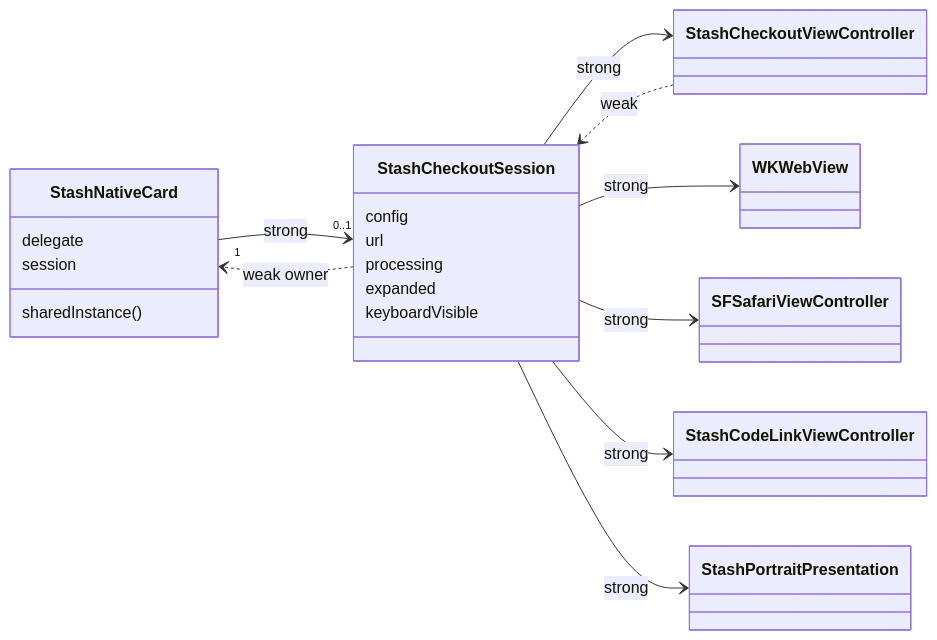
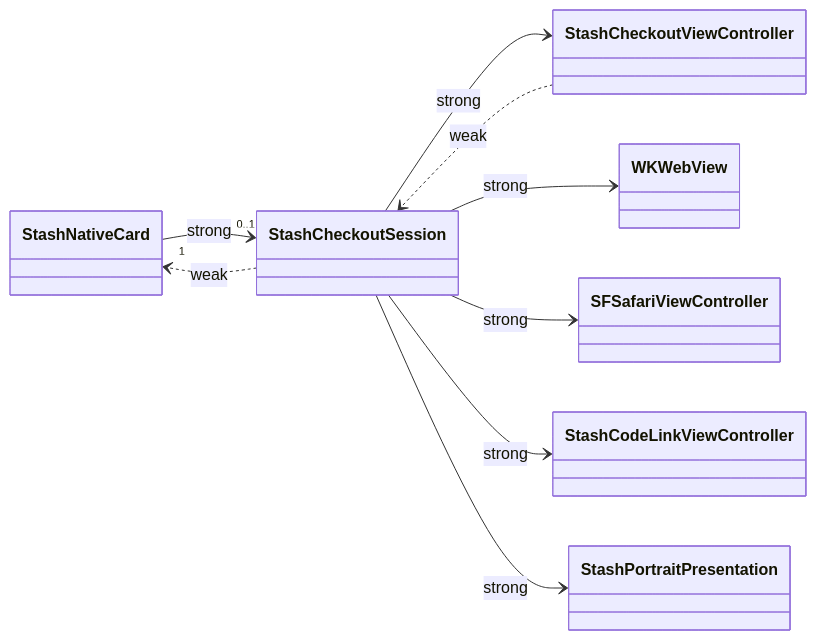
The first of 2 diagrams in docs/architecture/ios.md (stashgg/stash-native), drawn with Mermaid before and after one commit. The commit also changed other lines of this file and 19 other files, not shown here.

First line of the commit message:
[docs] Restructure docs into Overview, Usage, and Platform Architecture

````diff
--- a/docs/architecture/ios.md
+++ b/docs/architecture/ios.md
@@ -39,30 +38,20 @@
 ```mermaid
 classDiagram
     direction LR
-    class StashNativeCard {
-        delegate
-        session
-        sharedInstance()
-    }
-    class StashCheckoutSession {
-        config
-        url
-        processing
-        expanded
-        keyboardVisible
-    }
+    class StashNativeCard
+    class StashCheckoutSession
     class StashCheckoutViewController
     class StashCodeLinkViewController
     class StashPortraitPresentation
     class WKWebView
     class SFSafariViewController
 
     StashNativeCard "1" --> "0..1" StashCheckoutSession : strong
     StashCheckoutSession --> StashCheckoutViewController : strong
     StashCheckoutSession --> WKWebView : strong
     StashCheckoutSession --> SFSafariViewController : strong
     StashCheckoutSession --> StashCodeLinkViewController : strong
     StashCheckoutSession --> StashPortraitPresentation : strong
     StashCheckoutViewController ..> StashCheckoutSession : weak
-    StashCheckoutSession ..> StashNativeCard : weak owner
+    StashCheckoutSession ..> StashNativeCard : weak
 ```
````
